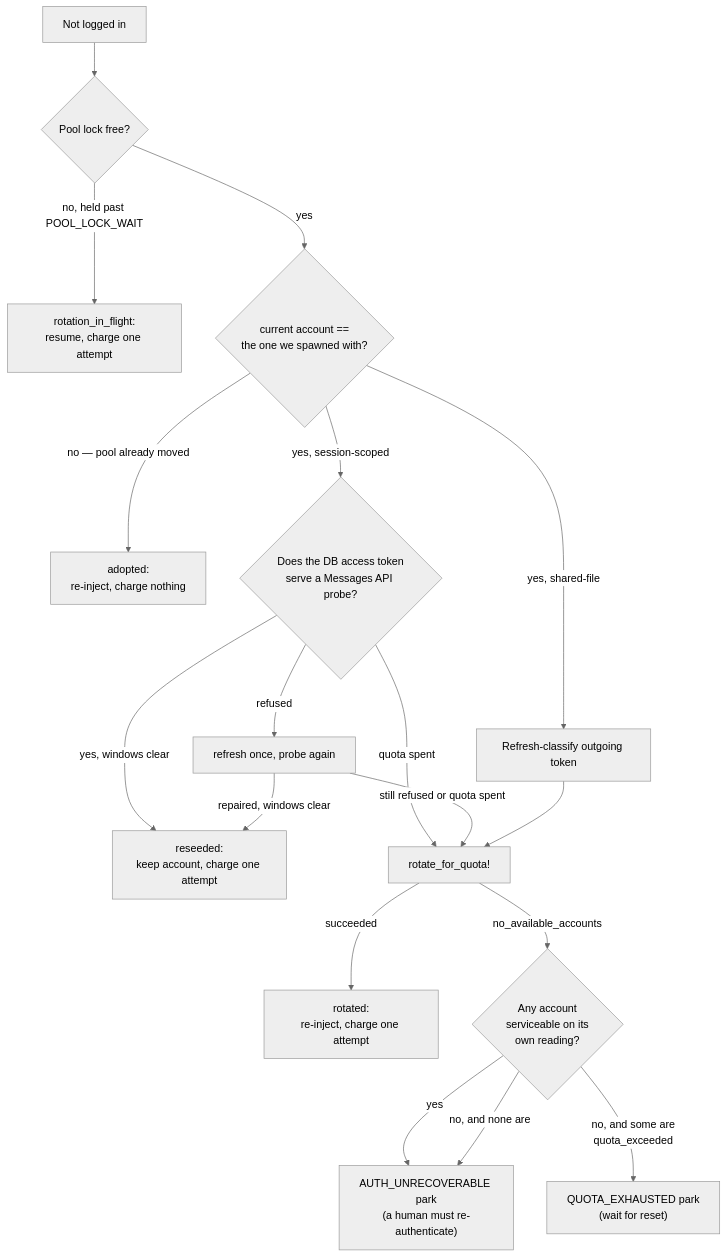
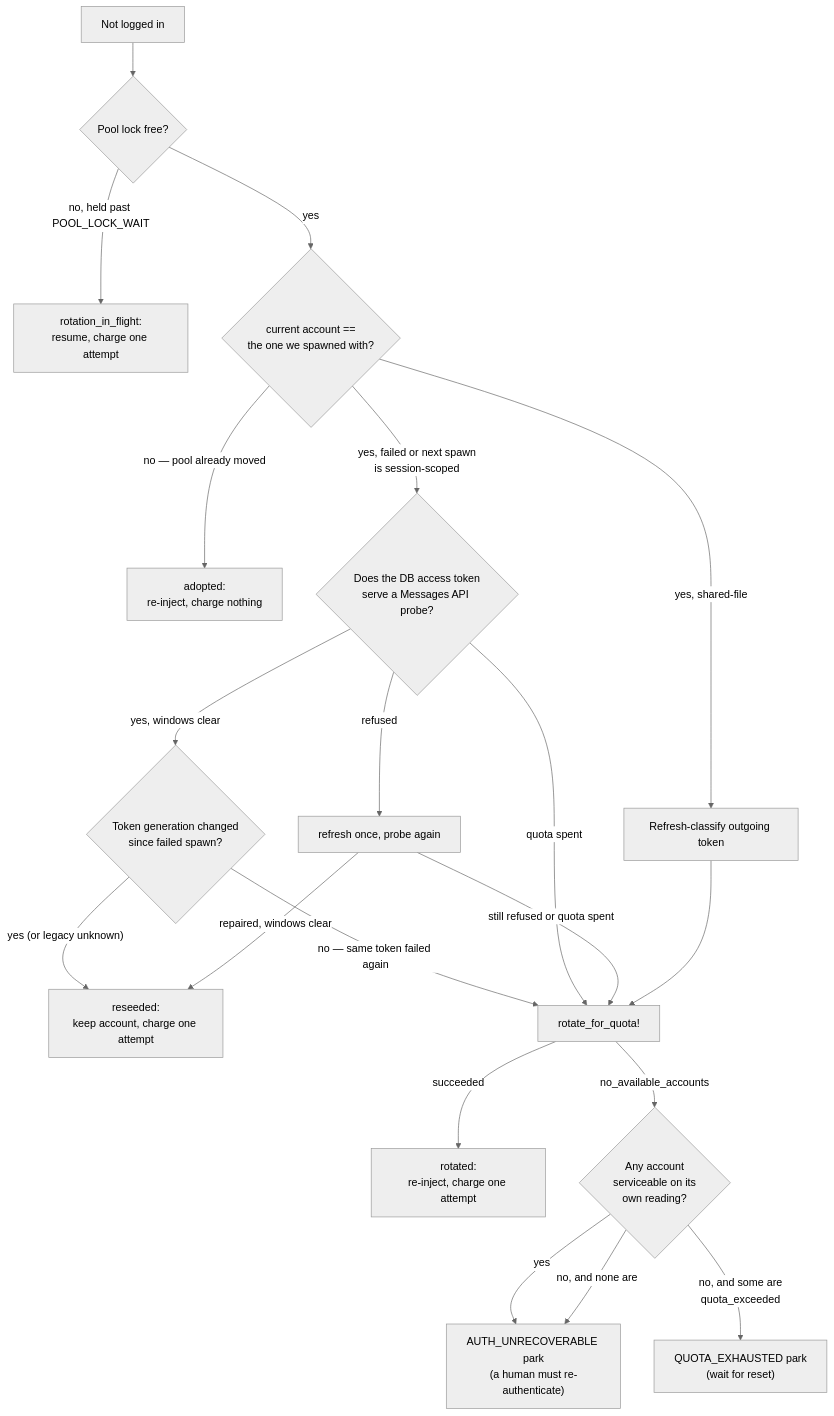
One commit to tadasant/zimmer changed the fourth of 5 diagrams in docs/src/content/docs/auth/harness.md. Above: the diagram before and after it, drawn with Mermaid (neutral theme). The commit also changed other lines of this file and 4 other files, not shown here.

Commit message:
fix(auth): bind recovery to spawned token generation

````diff
--- a/docs/src/content/docs/auth/harness.md
+++ b/docs/src/content/docs/auth/harness.md
@@ -946,20 +952,22 @@
 ```mermaid
 flowchart TD
     A["Not logged in"] --> L{"Pool lock free?"}
     L -- "no, held past POOL_LOCK_WAIT" --> F["rotation_in_flight:<br/>resume, charge one attempt"]
     L -- yes --> B{"current account ==<br/>the one we spawned with?"}
     B -- "no — pool already moved" --> C["adopted:<br/>re-inject, charge nothing"]
-    B -- "yes, session-scoped" --> P{"Does the DB access token<br/>serve a Messages API probe?"}
-    P -- "yes, windows clear" --> R["reseeded:<br/>keep account, charge one attempt"]
+    B -- "yes, failed or next spawn<br/>is session-scoped" --> P{"Does the DB access token<br/>serve a Messages API probe?"}
+    P -- "yes, windows clear" --> V{"Token generation changed<br/>since failed spawn?"}
+    V -- "yes (or legacy unknown)" --> R["reseeded:<br/>keep account, charge one attempt"]
+    V -- "no — same token failed again" --> D
     P -- "refused" --> T["refresh once, probe again"]
     T -- "repaired, windows clear" --> R
     P -- "quota spent" --> D
     T -- "still refused or quota spent" --> D["rotate_for_quota!"]
     B -- "yes, shared-file" --> S["Refresh-classify outgoing token"]
     S --> D
     D -- succeeded --> E["rotated:<br/>re-inject, charge one attempt"]
     D -- "no_available_accounts" --> G{"Any account<br/>serviceable on its<br/>own reading?"}
     G -- yes --> I["AUTH_UNRECOVERABLE park<br/>(a human must re-authenticate)"]
     G -- "no, and some are<br/>quota_exceeded" --> H["QUOTA_EXHAUSTED park<br/>(wait for reset)"]
     G -- "no, and none are" --> I
 ```
````
